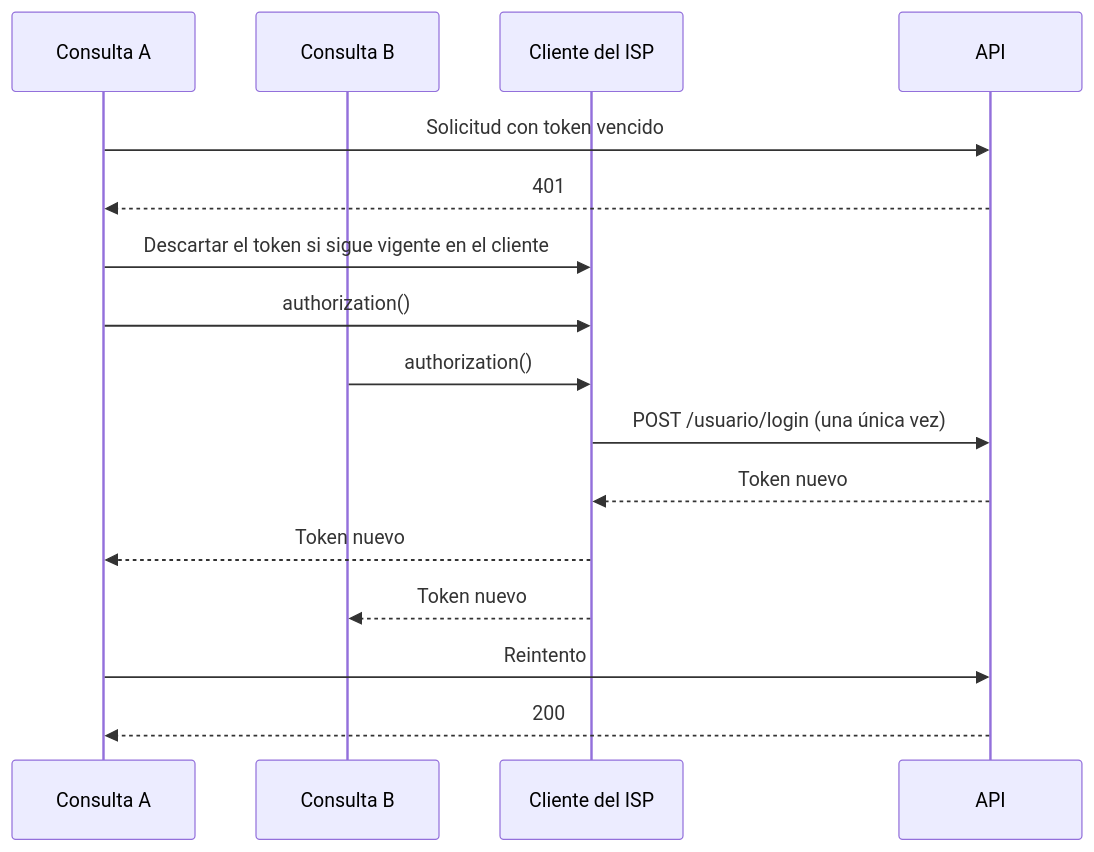
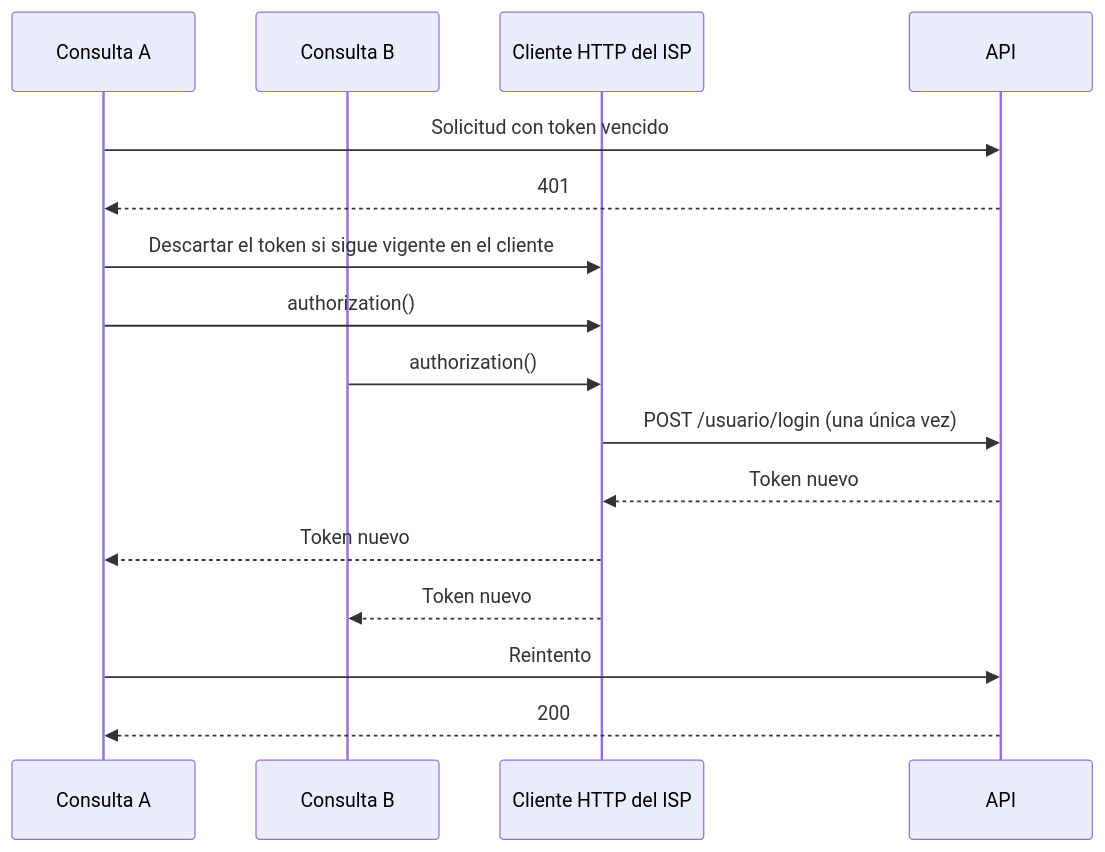
Diagram 11 of 15 in docs/DISENO.md (robydaniel45san/Cobrix-Api-Prueba-Tecnica-Duran-Roby), drawn with Mermaid before and after one commit. The commit also changed other lines of this file and 1 other file, not shown here.

````diff
--- a/docs/DISENO.md
+++ b/docs/DISENO.md
@@ -553,19 +710,19 @@
 ```mermaid
 sequenceDiagram
     participant A as Consulta A
     participant B as Consulta B
-    participant CLI as Cliente del ISP
+    participant CLI as Cliente HTTP del ISP
     participant ISP as API
 
     A->>ISP: Solicitud con token vencido
     ISP-->>A: 401
     A->>CLI: Descartar el token si sigue vigente en el cliente
     A->>CLI: authorization()
     B->>CLI: authorization()
     CLI->>ISP: POST /usuario/login (una única vez)
     ISP-->>CLI: Token nuevo
     CLI-->>A: Token nuevo
     CLI-->>B: Token nuevo
     A->>ISP: Reintento
     ISP-->>A: 200
 ```
````
